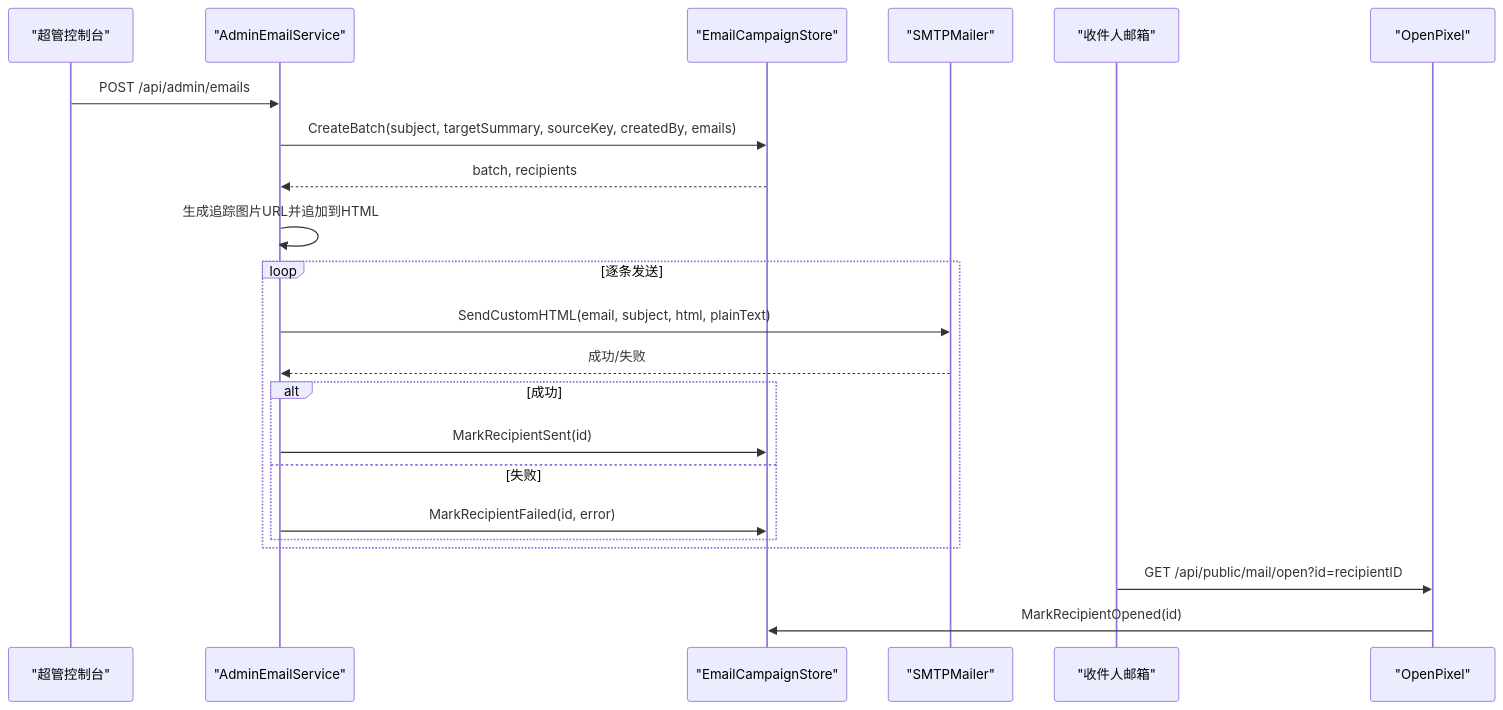
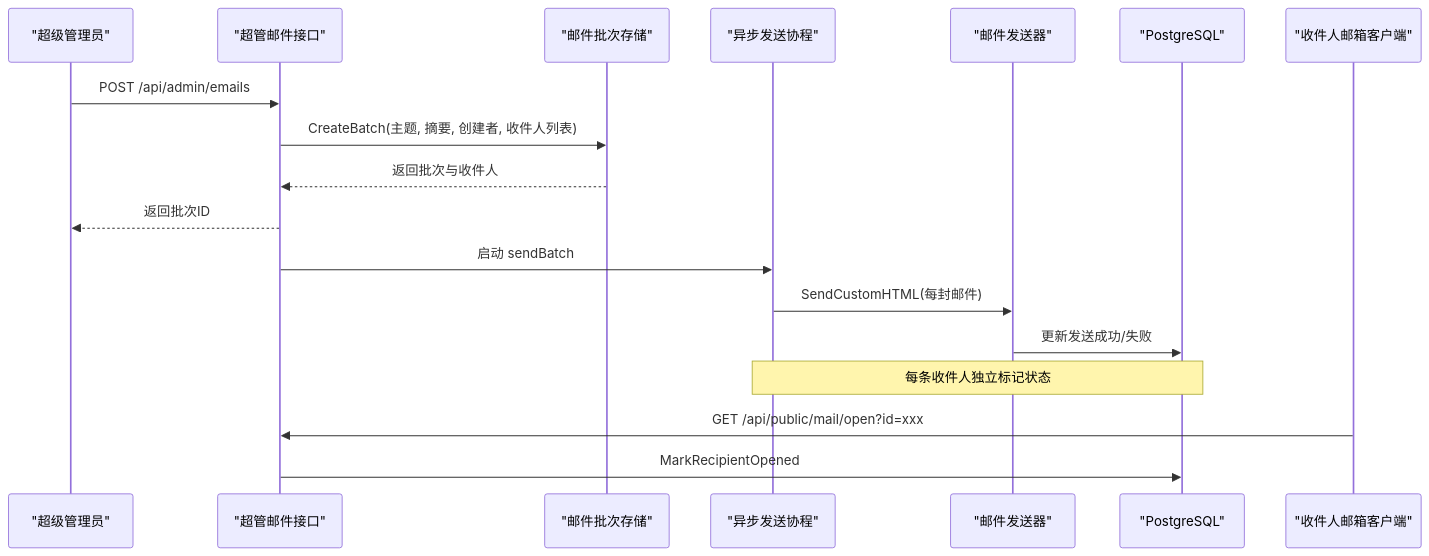
One commit to alvinwangzi/goodhr changed the second of 5 diagrams in .qoder/repowiki/zh/content/API接口文档/云端REST API/管理后台API/邮件营销API.md. Above: the diagram before and after it, drawn with Mermaid. The commit also changed other lines of this file and 149 other files, not shown here.

````diff
--- a/.qoder/repowiki/zh/content/API接口文档/云端REST API/管理后台API/邮件营销API.md
+++ b/.qoder/repowiki/zh/content/API接口文档/云端REST API/管理后台API/邮件营销API.md
@@ -84,24 +97,20 @@
 ```mermaid
 sequenceDiagram
-participant Admin as "超管控制台"
-participant API as "AdminEmailService"
-participant Store as "EmailCampaignStore"
-participant Mailer as "SMTPMailer"
-participant Recv as "收件人邮箱"
-participant Pixel as "OpenPixel"
+participant Admin as "超级管理员"
+participant API as "超管邮件接口"
+participant Store as "邮件批次存储"
+participant Worker as "异步发送协程"
+participant Mailer as "邮件发送器"
+participant DB as "PostgreSQL"
+participant Recipient as "收件人邮箱客户端"
 Admin->>API : POST /api/admin/emails
-API->>Store : CreateBatch(subject, targetSummary, sourceKey, createdBy, emails)
-Store-->>API : batch, recipients
-API->>API : 生成追踪图片URL并追加到HTML
-loop 逐条发送
-API->>Mailer : SendCustomHTML(email, subject, html, plainText)
-Mailer-->>API : 成功/失败
-alt 成功
-API->>Store : MarkRecipientSent(id)
-else 失败
-API->>Store : MarkRecipientFailed(id, error)
-end
-end
-Recv->>Pixel : GET /api/public/mail/open?id=recipientID
-Pixel->>Store : MarkRecipientOpened(id)
+API->>Store : CreateBatch(主题, 摘要, 创建者, 收件人列表)
+Store-->>API : 返回批次与收件人
+API-->>Admin : 返回批次ID
+API->>Worker : 启动 sendBatch
+Worker->>Mailer : SendCustomHTML(每封邮件)
+Mailer->>DB : 更新发送成功/失败
+Note over Worker,DB : 每条收件人独立标记状态
+Recipient->>API : GET /api/public/mail/open?id=xxx
+API->>DB : MarkRecipientOpened
 ```
````
